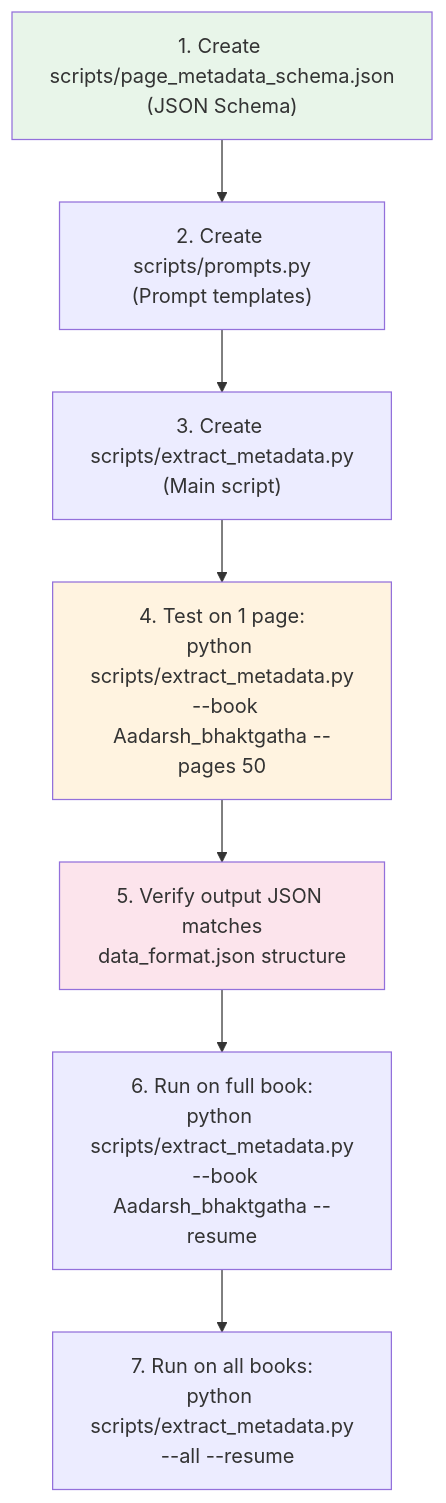
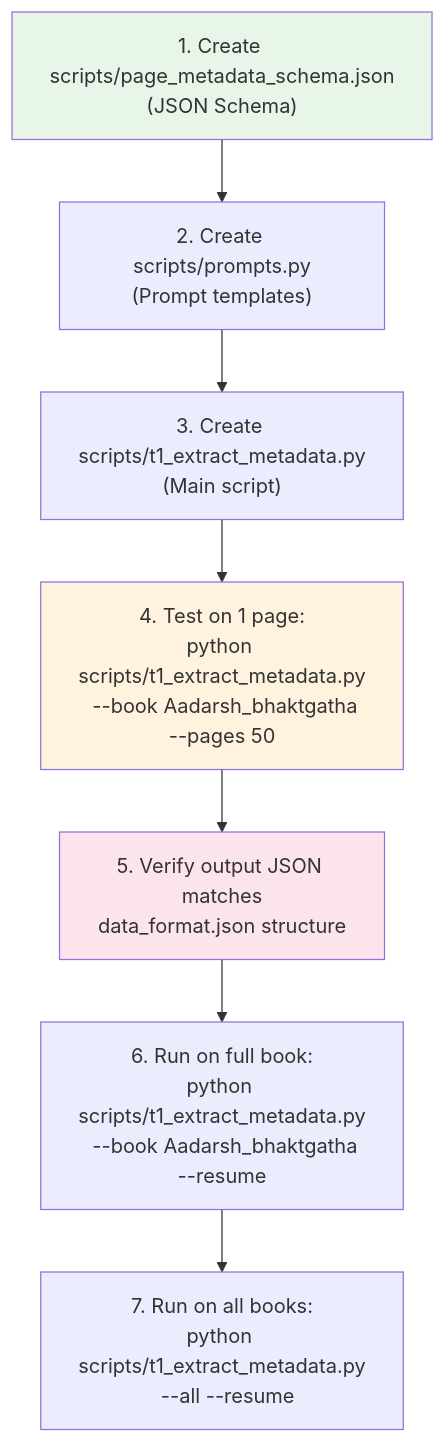
Before and after one commit to Yogesh-B/find-book-reference: the second of 2 diagrams in t1_metadata_plan.md, drawn with Mermaid. The commit also changed other lines of this file and 6 other files, not shown here.

Commit message:
t1 - metadata extraction script added

````diff
--- a/t1_metadata_plan.md
+++ b/t1_metadata_plan.md
@@ -359,14 +379,14 @@
 ```mermaid
 flowchart TD
     S1["1. Create scripts/page_metadata_schema.json\n(JSON Schema)"] --> S2
     S2["2. Create scripts/prompts.py\n(Prompt templates)"] --> S3
-    S3["3. Create scripts/extract_metadata.py\n(Main script)"] --> S4
-    S4["4. Test on 1 page:\npython scripts/extract_metadata.py\n  --book Aadarsh_bhaktgatha --pages 50"] --> S5
+    S3["3. Create scripts/t1_extract_metadata.py\n(Main script)"] --> S4
+    S4["4. Test on 1 page:\npython scripts/t1_extract_metadata.py\n  --book Aadarsh_bhaktgatha --pages 50"] --> S5
     S5["5. Verify output JSON matches\ndata_format.json structure"] --> S6
-    S6["6. Run on full book:\npython scripts/extract_metadata.py\n  --book Aadarsh_bhaktgatha --resume"] --> S7
-    S7["7. Run on all books:\npython scripts/extract_metadata.py\n  --all --resume"]
+    S6["6. Run on full book:\npython scripts/t1_extract_metadata.py\n  --book Aadarsh_bhaktgatha --resume"] --> S7
+    S7["7. Run on all books:\npython scripts/t1_extract_metadata.py\n  --all --resume"]
 
     style S1 fill:#e8f5e9
     style S4 fill:#fff3e0
     style S5 fill:#fce4ec
 ```
````
